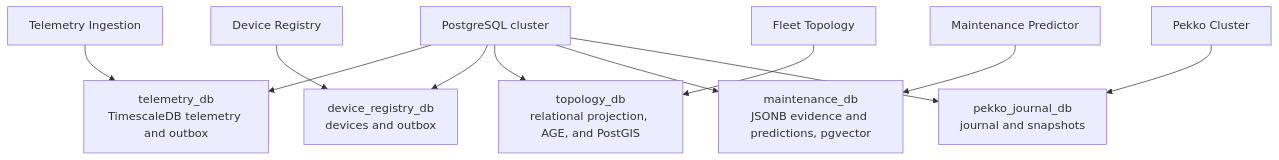
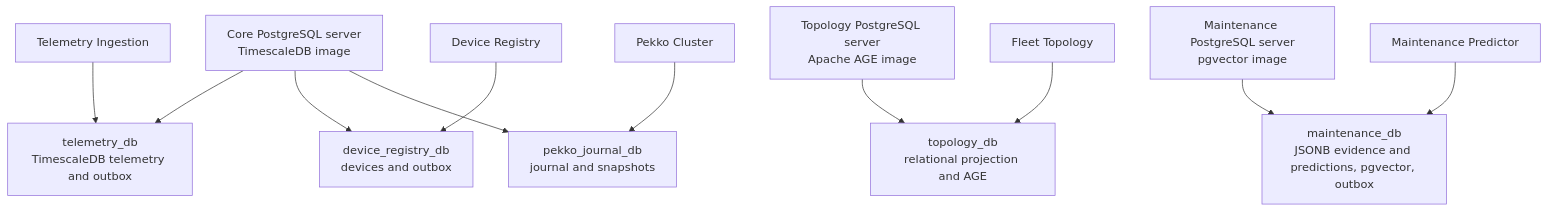
One commit to stanimirivanov/fleetiq changed the second of 4 diagrams in docs/architecture-baseline.md. Above: the diagram before and after it, drawn with Mermaid. The commit also changed other lines of this file and 69 other files, not shown here.

````diff
--- a/docs/architecture-baseline.md
+++ b/docs/architecture-baseline.md
@@ -74,15 +78,17 @@
 ```mermaid
 flowchart TB
-    PG["PostgreSQL cluster"]
-    PG --> TDB["telemetry_db<br/>TimescaleDB telemetry and outbox"]
-    PG --> RDB["device_registry_db<br/>devices and outbox"]
-    PG --> FDB["topology_db<br/>relational projection, AGE, and PostGIS"]
-    PG --> MDB["maintenance_db<br/>JSONB evidence and predictions, pgvector"]
-    PG --> PDB["pekko_journal_db<br/>journal and snapshots"]
+    CorePG["Core PostgreSQL server<br/>TimescaleDB image"]
+    AgePG["Topology PostgreSQL server<br/>Apache AGE image"]
+    VectorPG["Maintenance PostgreSQL server<br/>pgvector image"]
+    CorePG --> TDB["telemetry_db<br/>TimescaleDB telemetry and outbox"]
+    CorePG --> RDB["device_registry_db<br/>devices and outbox"]
+    CorePG --> PDB["pekko_journal_db<br/>journal and snapshots"]
+    AgePG --> FDB["topology_db<br/>relational projection and AGE"]
+    VectorPG --> MDB["maintenance_db<br/>JSONB evidence and predictions, pgvector, outbox"]
 
     Ingestion["Telemetry Ingestion"] --> TDB
     Registry["Device Registry"] --> RDB
     Topology["Fleet Topology"] --> FDB
     Maintenance["Maintenance Predictor"] --> MDB
     Pekko["Pekko Cluster"] --> PDB
 ```
````
